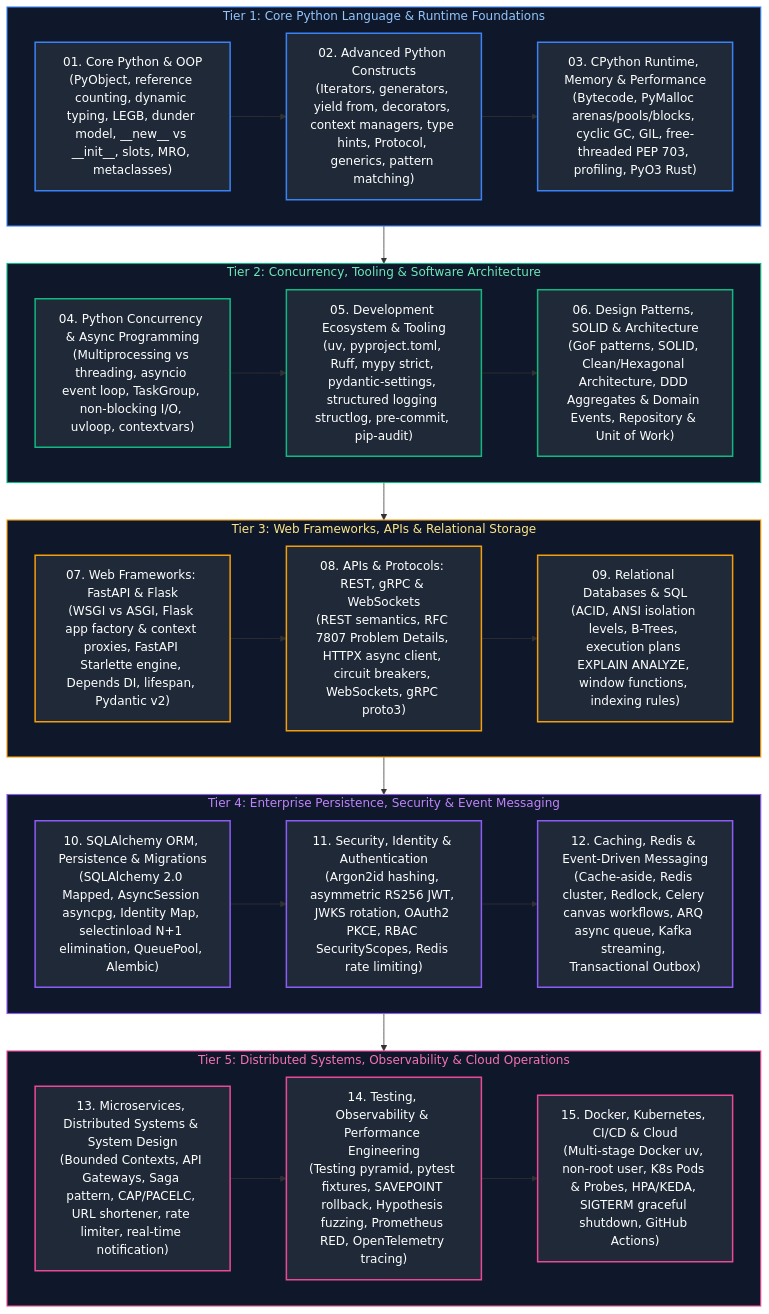
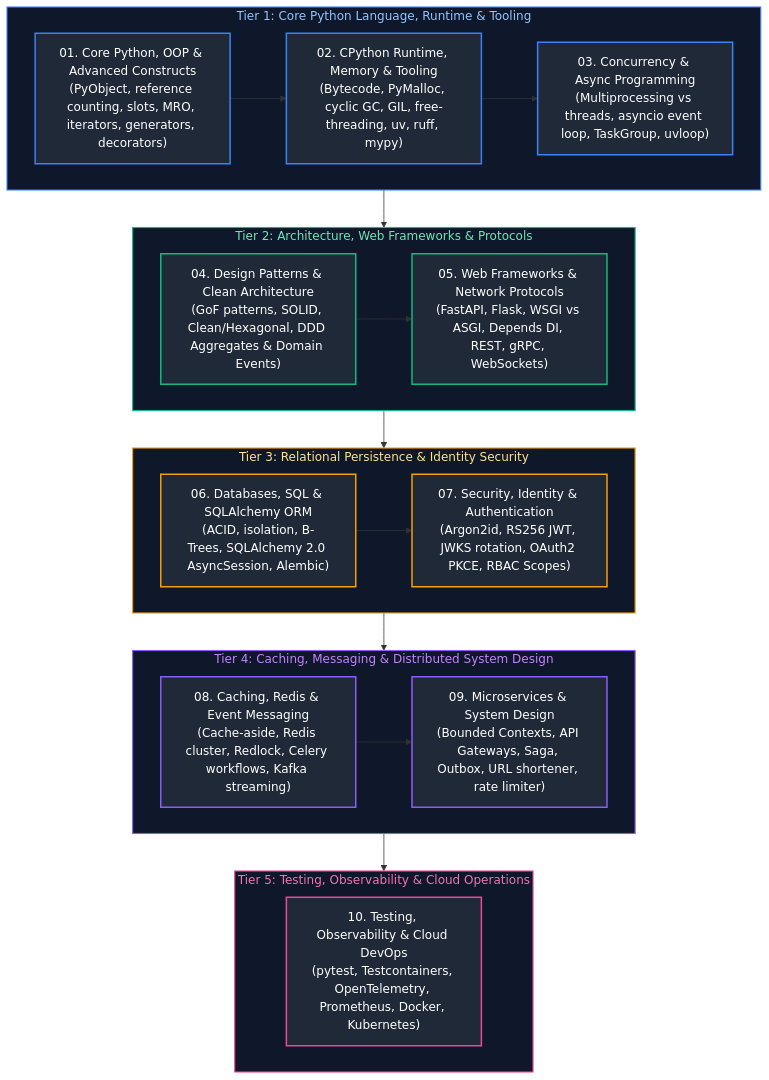
Before and after one commit to joydeep-biswas/Interview-Preparation: the diagram in Python Backend Engineering/00_python_study_guide_and_index.md, drawn with Mermaid. The commit also changed other lines of this file and 178 other files, not shown here.

````diff
--- a/Python Backend Engineering/00_python_study_guide_and_index.md
+++ b/Python Backend Engineering/00_python_study_guide_and_index.md
@@ -11,58 +11,53 @@
 ```mermaid
 flowchart TD
-    subgraph Tier1 ["Tier 1: Core Python Language & Runtime Foundations"]
-        M1["01. Core Python & OOP<br/>(PyObject, reference counting, dynamic typing, LEGB, dunder model, __new__ vs __init__, slots, MRO, metaclasses)"]
-        --> M2["02. Advanced Python Constructs<br/>(Iterators, generators, yield from, decorators, context managers, type hints, Protocol, generics, pattern matching)"]
-        --> M3["03. CPython Runtime, Memory & Performance<br/>(Bytecode, PyMalloc arenas/pools/blocks, cyclic GC, GIL, free-threaded PEP 703, profiling, PyO3 Rust)"]
+    subgraph Tier1 ["Tier 1: Core Python Language, Runtime & Tooling"]
+        direction LR
+        M1["01. Core Python, OOP & Advanced Constructs<br/>(PyObject, reference counting, slots, MRO, iterators, generators, decorators)"]
+        --> M2["02. CPython Runtime, Memory & Tooling<br/>(Bytecode, PyMalloc, cyclic GC, GIL, free-threading, uv, ruff, mypy)"]
+        --> M3["03. Concurrency & Async Programming<br/>(Multiprocessing vs threads, asyncio event loop, TaskGroup, uvloop)"]
     end
 
-    subgraph Tier2 ["Tier 2: Concurrency, Tooling & Software Architecture"]
-        M4["04. Python Concurrency & Async Programming<br/>(Multiprocessing vs threading, asyncio event loop, TaskGroup, non-blocking I/O, uvloop, contextvars)"]
-        --> M5["05. Development Ecosystem & Tooling<br/>(uv, pyproject.toml, Ruff, mypy strict, pydantic-settings, structured logging structlog, pre-commit, pip-audit)"]
-        --> M6["06. Design Patterns, SOLID & Architecture<br/>(GoF patterns, SOLID, Clean/Hexagonal Architecture, DDD Aggregates & Domain Events, Repository & Unit of Work)"]
+    subgraph Tier2 ["Tier 2: Architecture, Web Frameworks & Protocols"]
+        direction LR
+        M4["04. Design Patterns & Clean Architecture<br/>(GoF patterns, SOLID, Clean/Hexagonal, DDD Aggregates & Domain Events)"]
+        --> M5["05. Web Frameworks & Network Protocols<br/>(FastAPI, Flask, WSGI vs ASGI, Depends DI, REST, gRPC, WebSockets)"]
     end
 
-    subgraph Tier3 ["Tier 3: Web Frameworks, APIs & Relational Storage"]
-        M7["07. Web Frameworks: FastAPI & Flask<br/>(WSGI vs ASGI, Flask app factory & context proxies, FastAPI Starlette engine, Depends DI, lifespan, Pydantic v2)"]
-        --> M8["08. APIs & Protocols: REST, gRPC & WebSockets<br/>(REST semantics, RFC 7807 Problem Details, HTTPX async client, circuit breakers, WebSockets, gRPC proto3)"]
-        --> M9["09. Relational Databases & SQL<br/>(ACID, ANSI isolation levels, B-Trees, execution plans EXPLAIN ANALYZE, window functions, indexing rules)"]
+    subgraph Tier3 ["Tier 3: Relational Persistence & Identity Security"]
+        direction LR
+        M6["06. Databases, SQL & SQLAlchemy ORM<br/>(ACID, isolation, B-Trees, SQLAlchemy 2.0 AsyncSession, Alembic)"]
+        --> M7["07. Security, Identity & Authentication<br/>(Argon2id, RS256 JWT, JWKS rotation, OAuth2 PKCE, RBAC Scopes)"]
     end
 
-    subgraph Tier4 ["Tier 4: Enterprise Persistence, Security & Event Messaging"]
-        M10["10. SQLAlchemy ORM, Persistence & Migrations<br/>(SQLAlchemy 2.0 Mapped, AsyncSession asyncpg, Identity Map, selectinload N+1 elimination, QueuePool, Alembic)"]
-        --> M11["11. Security, Identity & Authentication<br/>(Argon2id hashing, asymmetric RS256 JWT, JWKS rotation, OAuth2 PKCE, RBAC SecurityScopes, Redis rate limiting)"]
-        --> M12["12. Caching, Redis & Event-Driven Messaging<br/>(Cache-aside, Redis cluster, Redlock, Celery canvas workflows, ARQ async queue, Kafka streaming, Transactional Outbox)"]
+    subgraph Tier4 ["Tier 4: Caching, Messaging & Distributed System Design"]
+        direction LR
+        M8["08. Caching, Redis & Event Messaging<br/>(Cache-aside, Redis cluster, Redlock, Celery workflows, Kafka streaming)"]
+        --> M9["09. Microservices & System Design<br/>(Bounded Contexts, API Gateways, Saga, Outbox, URL shortener, rate limiter)"]
     end
 
-    subgraph Tier5 ["Tier 5: Distributed Systems, Observability & Cloud Operations"]
-        M13["13. Microservices, Distributed Systems & System Design<br/>(Bounded Contexts, API Gateways, Saga pattern, CAP/PACELC, URL shortener, rate limiter, real-time notification)"]
-        --> M14["14. Testing, Observability & Performance Engineering<br/>(Testing pyramid, pytest fixtures, SAVEPOINT rollback, Hypothesis fuzzing, Prometheus RED, OpenTelemetry tracing)"]
-        --> M15["15. Docker, Kubernetes, CI/CD & Cloud<br/>(Multi-stage Docker uv, non-root user, K8s Pods & Probes, HPA/KEDA, SIGTERM graceful shutdown, GitHub Actions)"]
+    subgraph Tier5 ["Tier 5: Testing, Observability & Cloud Operations"]
+        direction LR
+        M10["10. Testing, Observability & Cloud DevOps<br/>(pytest, Testcontainers, OpenTelemetry, Prometheus, Docker, Kubernetes)"]
     end
 
     Tier1 --> Tier2
     Tier2 --> Tier3
     Tier3 --> Tier4
     Tier4 --> Tier5
 
     style Tier1 fill:#0f172a,stroke:#3b82f6,stroke-width:1.5px,color:#93c5fd
     style Tier2 fill:#0f172a,stroke:#10b981,stroke-width:1.5px,color:#6ee7b7
     style Tier3 fill:#0f172a,stroke:#f59e0b,stroke-width:1.5px,color:#fde68a
     style Tier4 fill:#0f172a,stroke:#8b5cf6,stroke-width:1.5px,color:#c084fc
     style Tier5 fill:#0f172a,stroke:#ec4899,stroke-width:1.5px,color:#f472b6
     style M1 fill:#1f2937,stroke:#3b82f6,stroke-width:2px,color:#fff
     style M2 fill:#1f2937,stroke:#3b82f6,stroke-width:2px,color:#fff
     style M3 fill:#1f2937,stroke:#3b82f6,stroke-width:2px,color:#fff
     style M4 fill:#1f2937,stroke:#10b981,stroke-width:2px,color:#fff
     style M5 fill:#1f2937,stroke:#10b981,stroke-width:2px,color:#fff
-    style M6 fill:#1f2937,stroke:#10b981,stroke-width:2px,color:#fff
+    style M6 fill:#1f2937,stroke:#f59e0b,stroke-width:2px,color:#fff
     style M7 fill:#1f2937,stroke:#f59e0b,stroke-width:2px,color:#fff
-    style M8 fill:#1f2937,stroke:#f59e0b,stroke-width:2px,color:#fff
-    style M9 fill:#1f2937,stroke:#f59e0b,stroke-width:2px,color:#fff
-    style M10 fill:#1f2937,stroke:#8b5cf6,stroke-width:2px,color:#fff
-    style M11 fill:#1f2937,stroke:#8b5cf6,stroke-width:2px,color:#fff
-    style M12 fill:#1f2937,stroke:#8b5cf6,stroke-width:2px,color:#fff
-    style M13 fill:#1f2937,stroke:#ec4899,stroke-width:2px,color:#fff
-    style M14 fill:#1f2937,stroke:#ec4899,stroke-width:2px,color:#fff
-    style M15 fill:#1f2937,stroke:#ec4899,stroke-width:2px,color:#fff
+    style M8 fill:#1f2937,stroke:#8b5cf6,stroke-width:2px,color:#fff
+    style M9 fill:#1f2937,stroke:#8b5cf6,stroke-width:2px,color:#fff
+    style M10 fill:#1f2937,stroke:#ec4899,stroke-width:2px,color:#fff
 ```
````
